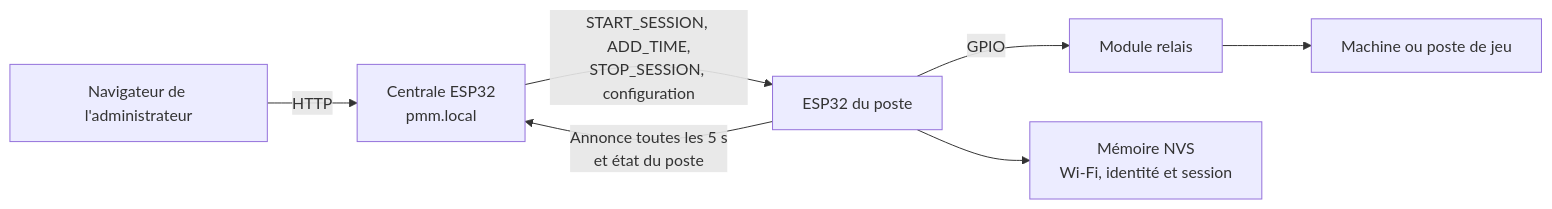
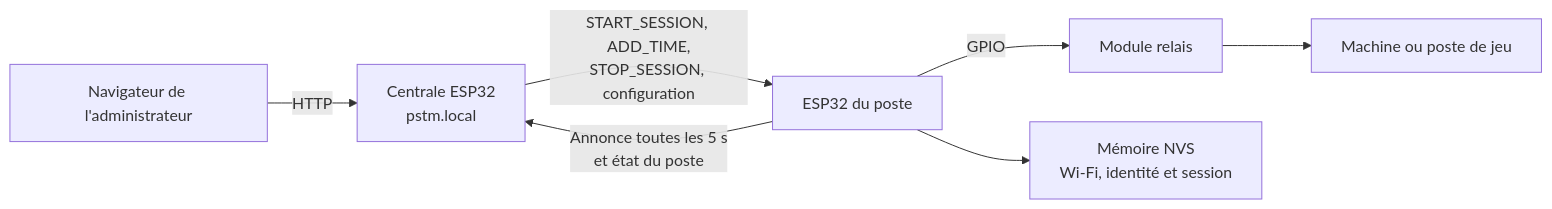
Before and after one commit to abdelazizmezri/esp32-monnayeur-central-gameroom: the first of 2 diagrams in poste-esp32/README.md, drawn with Mermaid. The commit also changed other lines of this file and 4 other files, not shown here.

Commit message:
pmm.local -> pstm.local

````diff
--- a/poste-esp32/README.md
+++ b/poste-esp32/README.md
@@ -41,9 +41,9 @@
 ```mermaid
 flowchart LR
-    Admin["Navigateur de l'administrateur"] -->|HTTP| Central["Centrale ESP32<br>pmm.local"]
+    Admin["Navigateur de l'administrateur"] -->|HTTP| Central["Centrale ESP32<br>pstm.local"]
     Central -->|"START_SESSION, ADD_TIME,<br>STOP_SESSION, configuration"| Poste["ESP32 du poste"]
     Poste -->|"Annonce toutes les 5 s<br>et état du poste"| Central
     Poste -->|GPIO| Relay["Module relais"]
     Relay --> Machine["Machine ou poste de jeu"]
     Poste --> NVS["Mémoire NVS<br>Wi-Fi, identité et session"]
 ```
````
